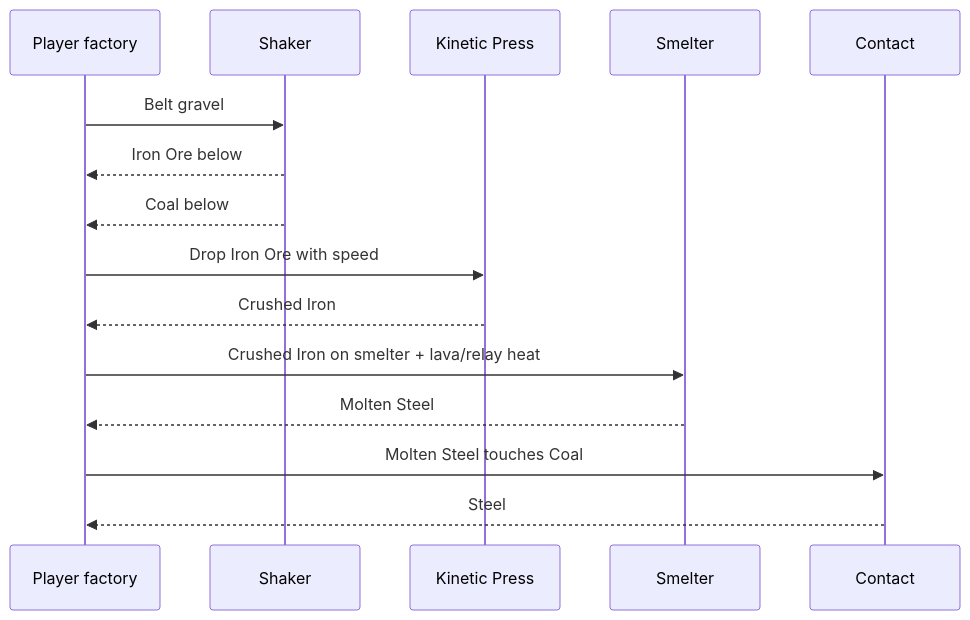
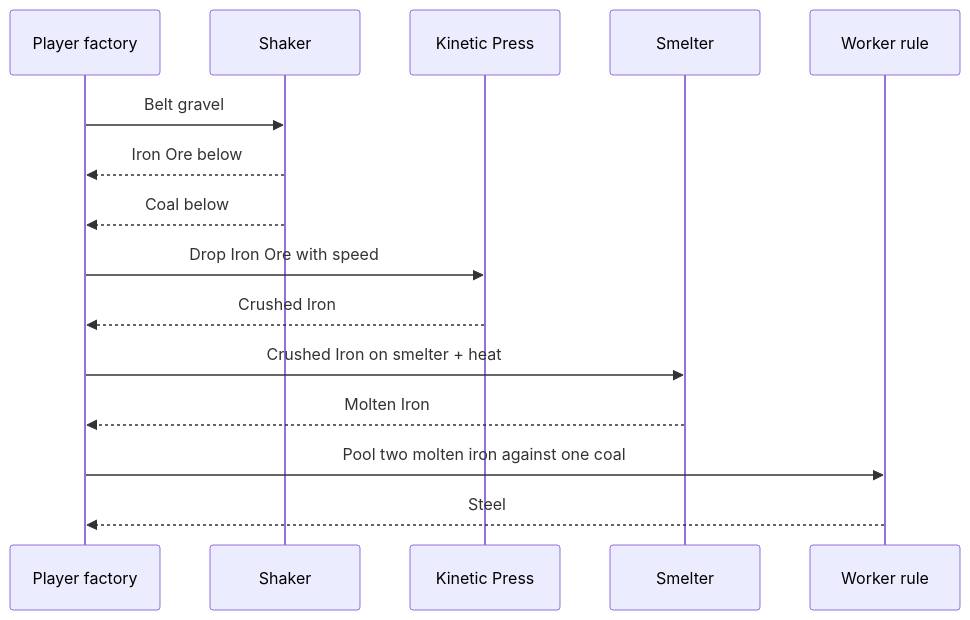
The fourth of 5 diagrams in docs/steel.md (sandustry-modding/SandustryStoneworks), drawn with Mermaid before and after one commit. The commit also changed other lines of this file and 12 other files, not shown here.

First line of the commit message:
Finish steel from two molten iron neighbors and make the metals fall as heavy solids.

````diff
--- a/docs/steel.md
+++ b/docs/steel.md
@@ -65,18 +83,18 @@
 ```mermaid
 sequenceDiagram
   participant P as Player factory
   participant Sh as Shaker
   participant Pr as Kinetic Press
   participant Sm as Smelter
-  participant Ct as Contact
+  participant W as Worker rule
 
   P->>Sh: Belt gravel
   Sh-->>P: Iron Ore below
   Sh-->>P: Coal below
   P->>Pr: Drop Iron Ore with speed
   Pr-->>P: Crushed Iron
-  P->>Sm: Crushed Iron on smelter + lava/relay heat
-  Sm-->>P: Molten Steel
-  P->>Ct: Molten Steel touches Coal
-  Ct-->>P: Steel
+  P->>Sm: Crushed Iron on smelter + heat
+  Sm-->>P: Molten Iron
+  P->>W: Pool two molten iron against one coal
+  W-->>P: Steel
 ```
````
